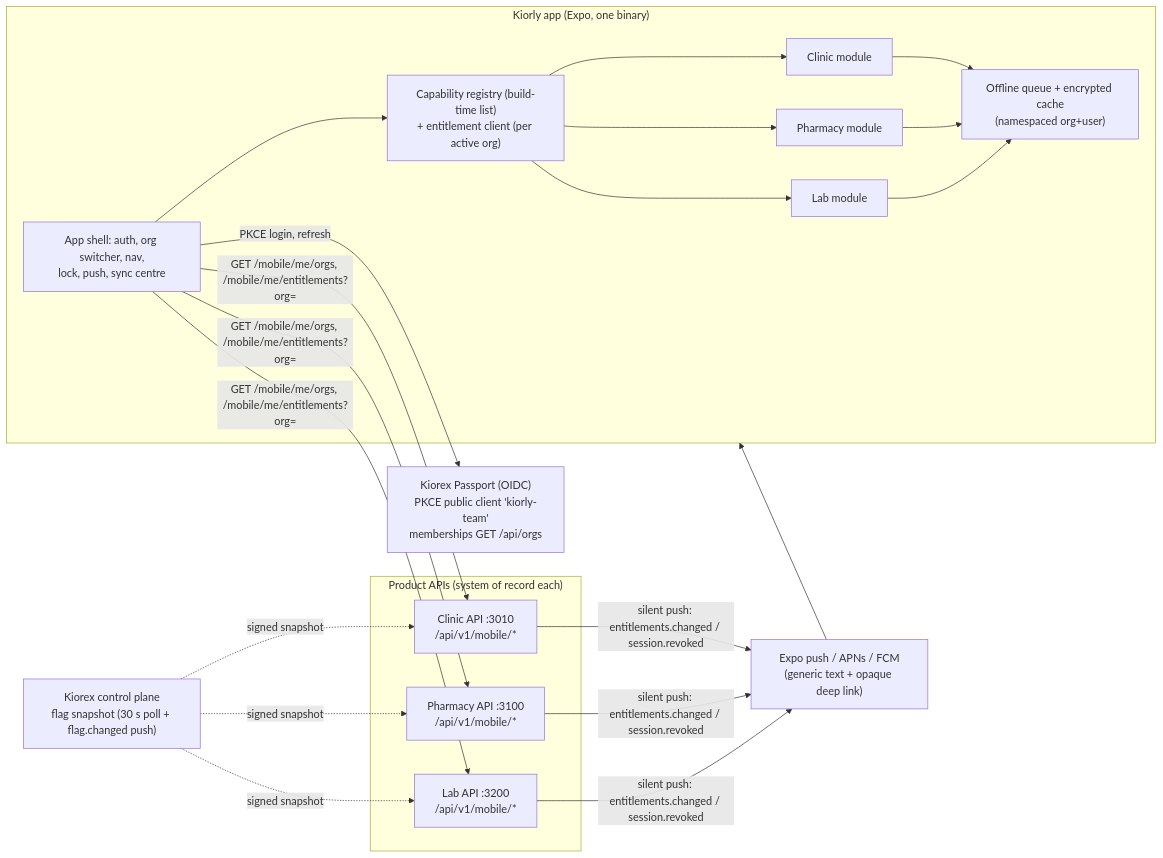
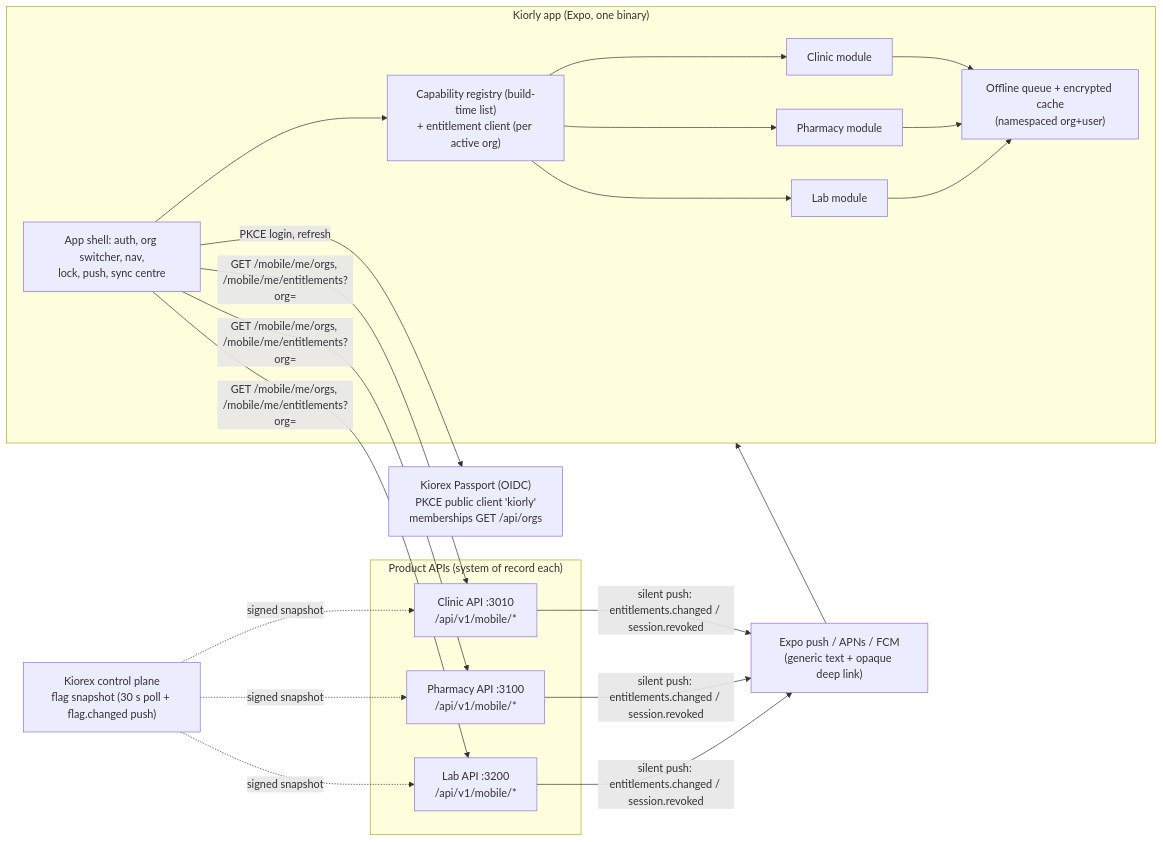
Before and after one commit to mshall/kiorex-workspace: the first of 4 diagrams in _docs/mobile/MOBILE_APP_DESIGN.md, drawn with Mermaid. The commit also changed other lines of this file and 31 other files, not shown here.

Commit message:
chore: rename the staff app repo and folder kiorly-team to kiorly across docs, scripts and e2e (legacy client and header names stay accepted)

````diff
--- a/_docs/mobile/MOBILE_APP_DESIGN.md
+++ b/_docs/mobile/MOBILE_APP_DESIGN.md
@@ -35,25 +35,25 @@
 ```mermaid
 flowchart LR
   subgraph Device["Kiorly app (Expo, one binary)"]
     Shell["App shell: auth, org switcher, nav,\nlock, push, sync centre"]
     Reg["Capability registry (build-time list)\n+ entitlement client (per active org)"]
     MC["Clinic module"]
     MP["Pharmacy module"]
     ML["Lab module"]
     OQ["Offline queue + encrypted cache\n(namespaced org+user)"]
     Shell --> Reg --> MC & MP & ML
     MC & MP & ML --> OQ
   end
-  Passport["Kiorex Passport (OIDC)\nPKCE public client 'kiorly-team'\nmemberships GET /api/orgs"]
+  Passport["Kiorex Passport (OIDC)\nPKCE public client 'kiorly'\nmemberships GET /api/orgs"]
   subgraph APIs["Product APIs (system of record each)"]
     CA["Clinic API :3010\n/api/v1/mobile/*"]
     PA["Pharmacy API :3100\n/api/v1/mobile/*"]
     LA["Lab API :3200\n/api/v1/mobile/*"]
   end
   CP["Kiorex control plane\nflag snapshot (30 s poll + flag.changed push)"]
   Push["Expo push / APNs / FCM\n(generic text + opaque deep link)"]
   Shell -- "PKCE login, refresh" --> Passport
   Shell -- "GET /mobile/me/orgs, /mobile/me/entitlements?org=" --> CA & PA & LA
   CP -. "signed snapshot" .-> CA & PA & LA
   CA & PA & LA -- "silent push: entitlements.changed / session.revoked" --> Push --> Device
 ```
````
